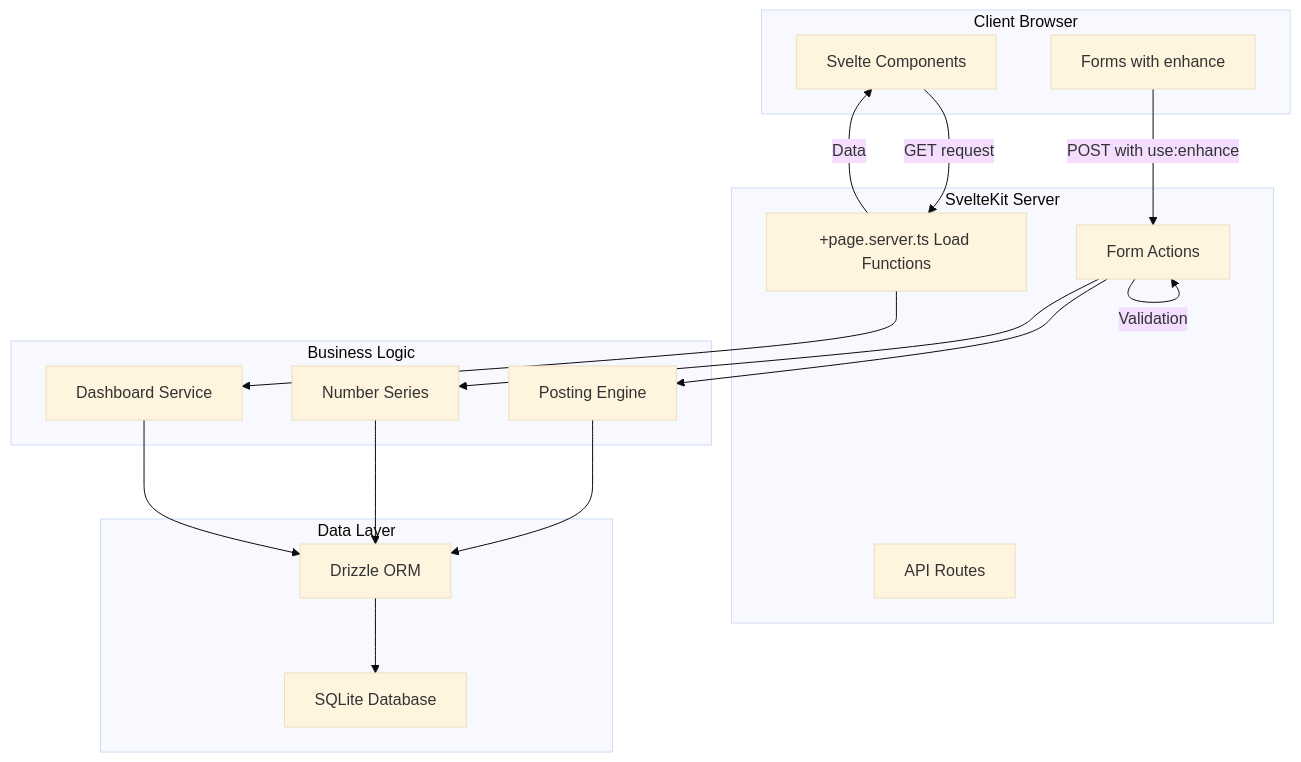
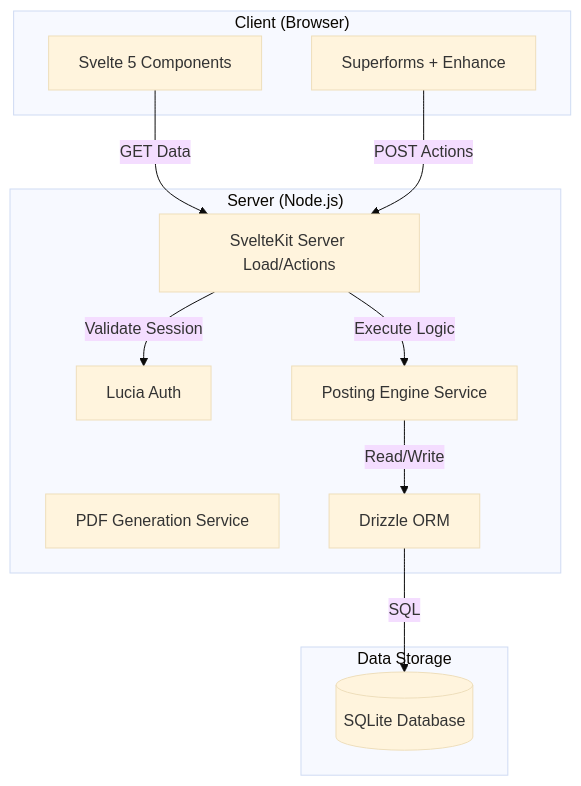
One commit to tahur/slate changed the diagram in docs/ARCHITECTURE.md. Above: the diagram before and after it, drawn with Mermaid (base theme). The commit also changed other lines of this file and 12 other files, not shown here.

````diff
--- a/docs/ARCHITECTURE.md
+++ b/docs/ARCHITECTURE.md
@@ -134,36 +25,26 @@
 ```mermaid
 graph TB
-    subgraph "Client Browser"
-        A[Svelte Components]
-        B[Forms with enhance]
+    subgraph "Client (Browser)"
+        UI[Svelte 5 Components]
+        Forms[Superforms + Enhance]
     end
     
-    subgraph "SvelteKit Server"
-        C[+page.server.ts Load Functions]
-        D[Form Actions]
-        E[API Routes]
+    subgraph "Server (Node.js)"
+        API[SvelteKit Server Load/Actions]
+        Auth[Lucia Auth]
+        Logic[Posting Engine Service]
+        PDF[PDF Generation Service]
+        DB_Layer[Drizzle ORM]
     end
     
-    subgraph "Business Logic"
-        F[Posting Engine]
-        G[Number Series]
-        H[Dashboard Service]
+    subgraph "Data Storage"
+        SQLite[(SQLite Database)]
     end
-    
-    subgraph "Data Layer"
-        I[Drizzle ORM]
-        J[SQLite Database]
-    end
-    
-    A -->|GET request| C
-    C -->|Data| A
-    B -->|POST with use:enhance| D
-    D -->|Validation| D
-    D --> F
-    D --> G
-    C --> H
-    F --> I
-    G --> I
-    H --> I
-    I --> J
+
+    UI -->|GET Data| API
+    Forms -->|POST Actions| API
+    API -->|Validate Session| Auth
+    API -->|Execute Logic| Logic
+    Logic -->|Read/Write| DB_Layer
+    DB_Layer -->|SQL| SQLite
 ```
````
